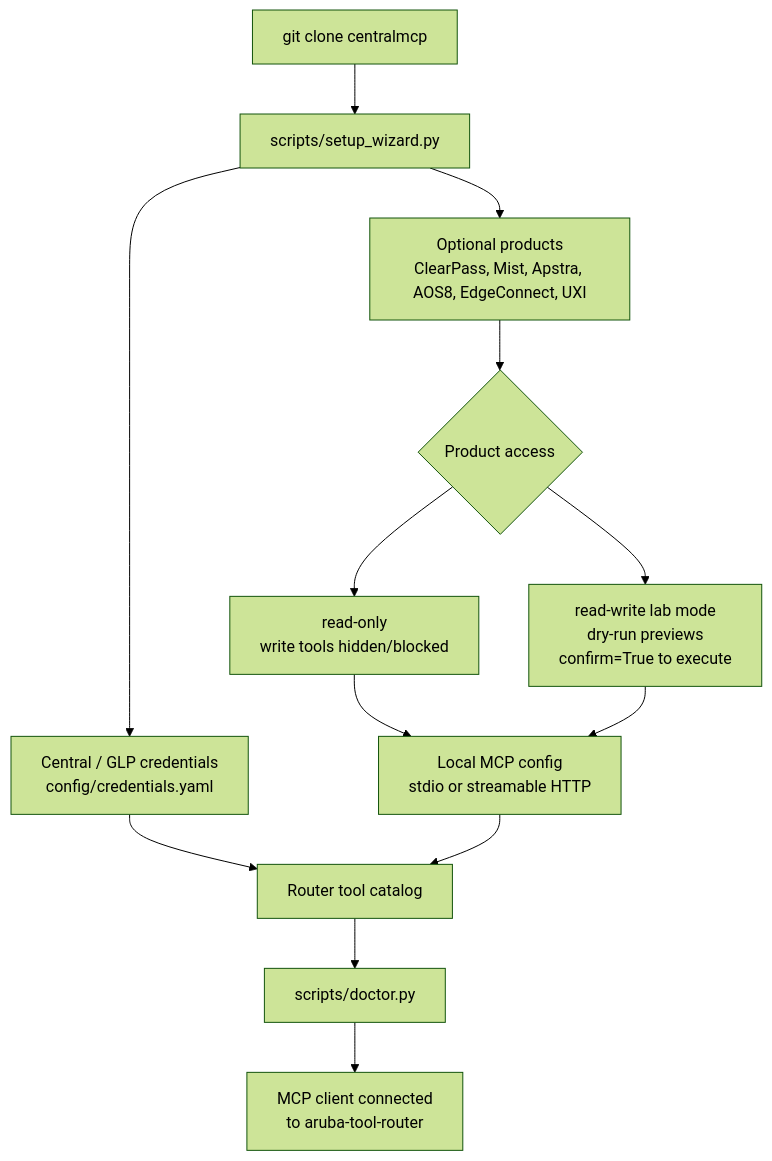
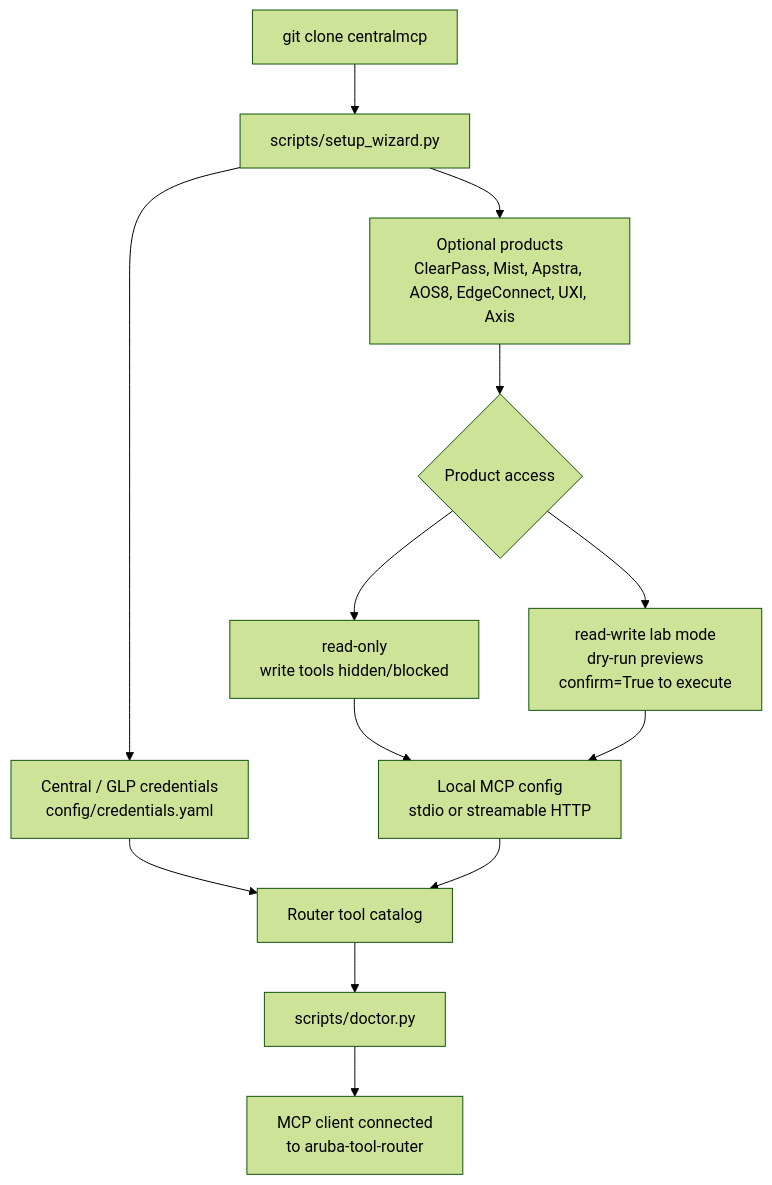
The diagram in docs/index.md (secure-ssid/centralmcp), drawn with Mermaid (forest theme) before and after one commit. The commit also changed other lines of this file and 20 other files, not shown here.

Commit message:
fix: integrate generated EdgeConnect and Axis tools

````diff
--- a/docs/index.md
+++ b/docs/index.md
@@ -53,27 +53,27 @@
 ```mermaid
 flowchart TD
     clone["git clone centralmcp"]
     wizard["scripts/setup_wizard.py"]
     credentials["Central / GLP credentials<br/>config/credentials.yaml"]
-    products["Optional products<br/>ClearPass, Mist, Apstra, AOS8, EdgeConnect, UXI"]
+    products["Optional products<br/>ClearPass, Mist, Apstra, AOS8, EdgeConnect, UXI, Axis"]
     access{"Product access"}
     readonly["read-only<br/>write tools hidden/blocked"]
     readwrite["read-write lab mode<br/>dry-run previews<br/>confirm=True to execute"]
     config["Local MCP config<br/>stdio or streamable HTTP"]
     catalog["Router tool catalog"]
     doctor["scripts/doctor.py"]
     ready["MCP client connected<br/>to aruba-tool-router"]
 
     clone --> wizard
     wizard --> credentials
     wizard --> products
     products --> access
     access --> readonly
     access --> readwrite
     readonly --> config
     readwrite --> config
     credentials --> catalog
     config --> catalog
     catalog --> doctor
     doctor --> ready
 ```
````
